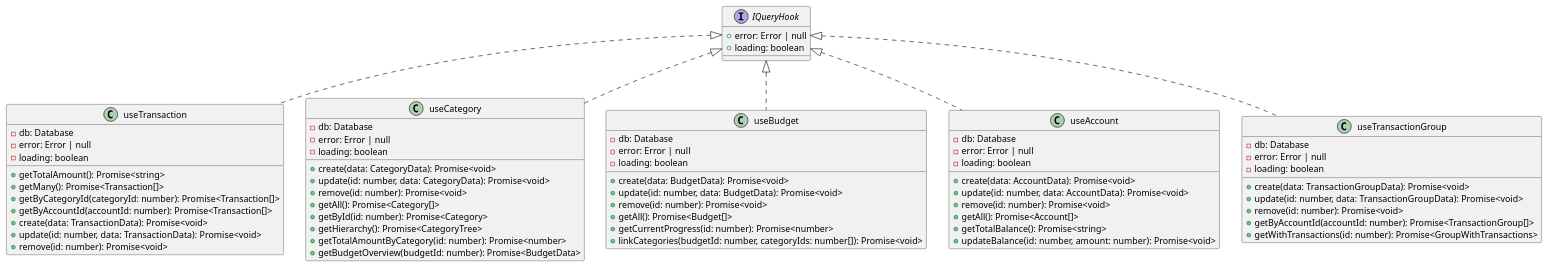
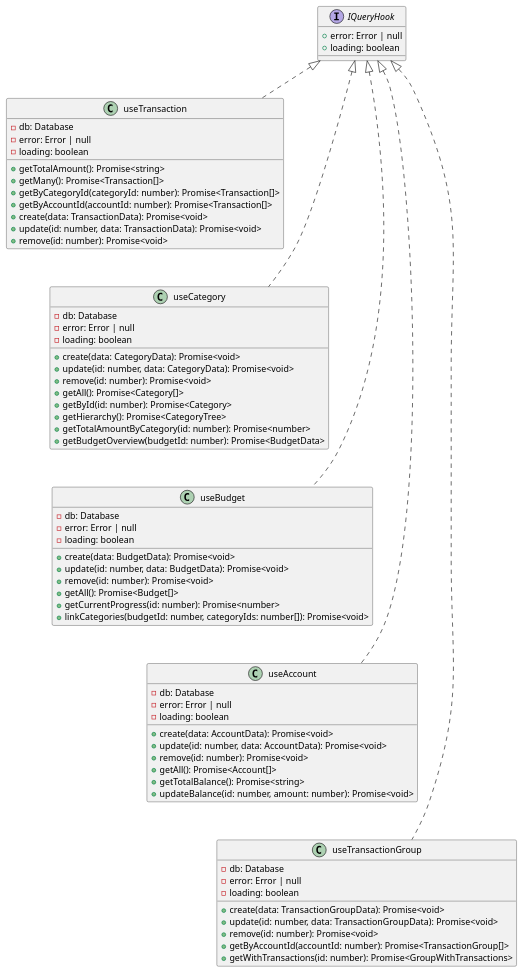
The second of 3 diagrams in docs/development/design.adoc (bPHANT/finance-tracker), drawn with PlantUML before and after one commit. The commit also changed other lines of this file and 2 other files, not shown here.

```diff
--- a/docs/development/design.adoc
+++ b/docs/development/design.adoc
@@ -129,6 +129,7 @@
 [plantuml, class-diagram-hooks, svg]
 ....
 @startuml
+top to bottom direction
 
 interface IQueryHook {
   +error: Error | null
@@ -203,5 +204,10 @@
 IQueryHook <|.. useAccount
 IQueryHook <|.. useTransactionGroup
 
+useTransaction -[hidden]d- useCategory
+useCategory -[hidden]d- useBudget
+useBudget -[hidden]d- useAccount
+useAccount -[hidden]d- useTransactionGroup
+
 @enduml
 ....
```
